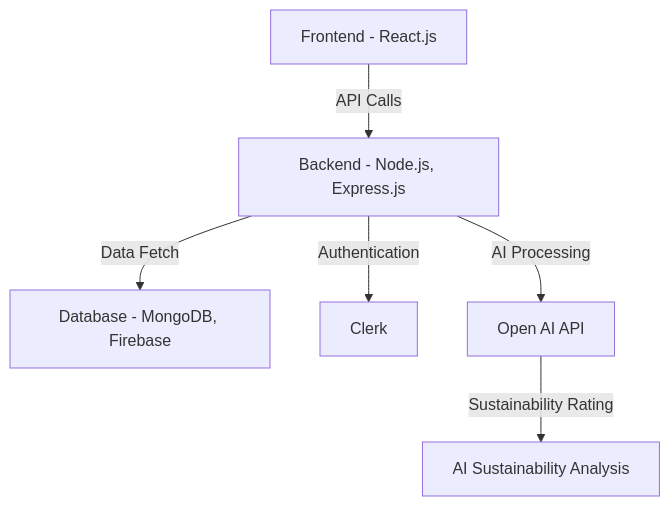
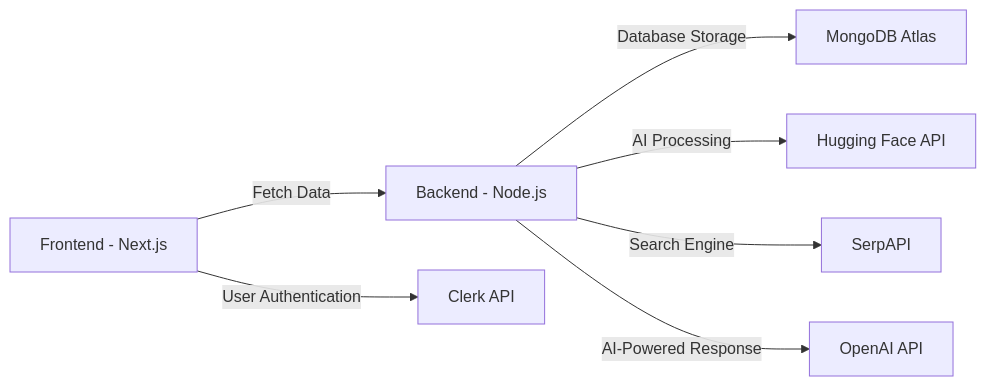
Before and after one commit to S4rthakGupta/HowGoodApp: the diagram in README.md, drawn with Mermaid. The commit also changed other lines of this file, not shown here.

````diff
--- a/README.md
+++ b/README.md
@@ -7,8 +14,9 @@
 ```mermaid
-graph TD;
-    A[Frontend - React.js] -->|API Calls| B[Backend - Node.js, Express.js];
-    B -->|Data Fetch| C[Database - MongoDB, Firebase];
-    B -->|Authentication| D[Clerk];
-    B -->|AI Processing| E[Open AI API];
-    E -->|Sustainability Rating| F[AI Sustainability Analysis];
+graph LR
+    A[Frontend - Next.js] -->|Fetch Data| B[Backend - Node.js]
+    B -->|Database Storage| C[MongoDB Atlas]
+    B -->|AI Processing| D[Hugging Face API]
+    B -->|Search Engine| E[SerpAPI]
+    A -->|User Authentication| F[Clerk API]
+    B -->|AI-Powered Response| G[OpenAI API]
 ```
````
